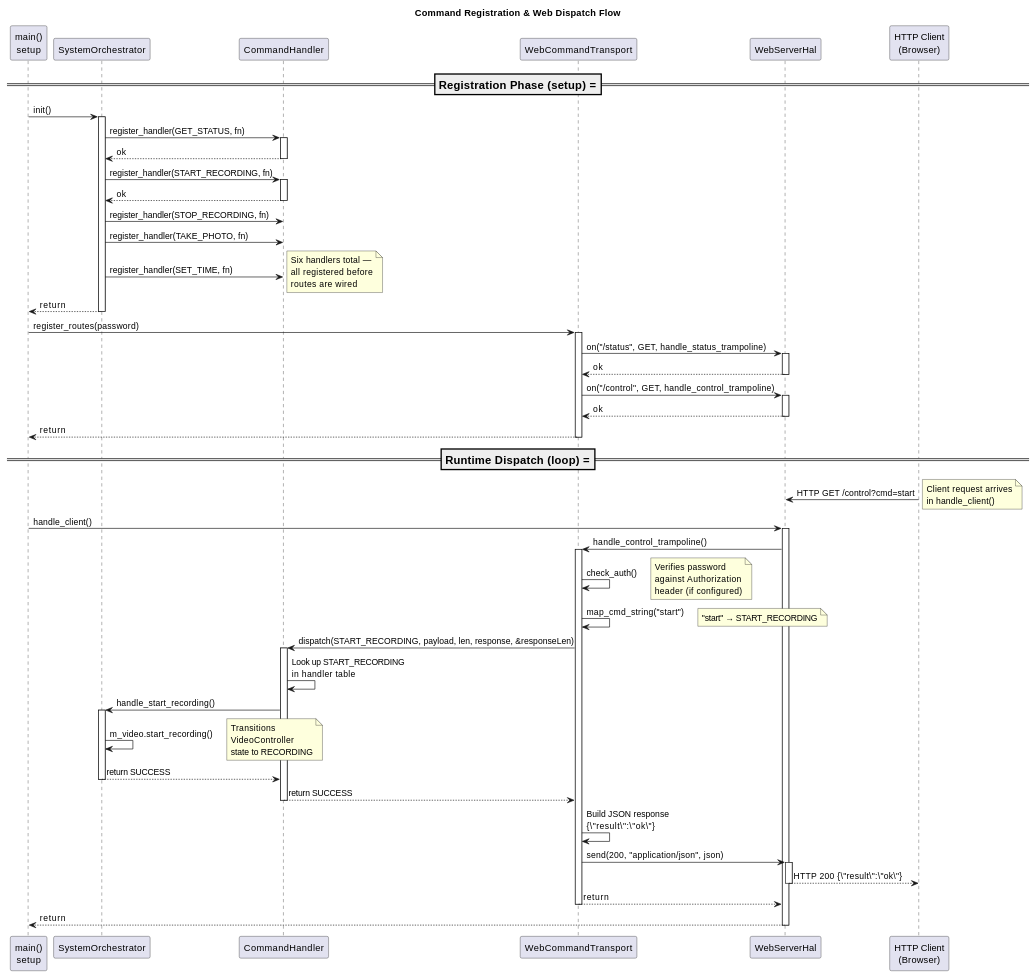
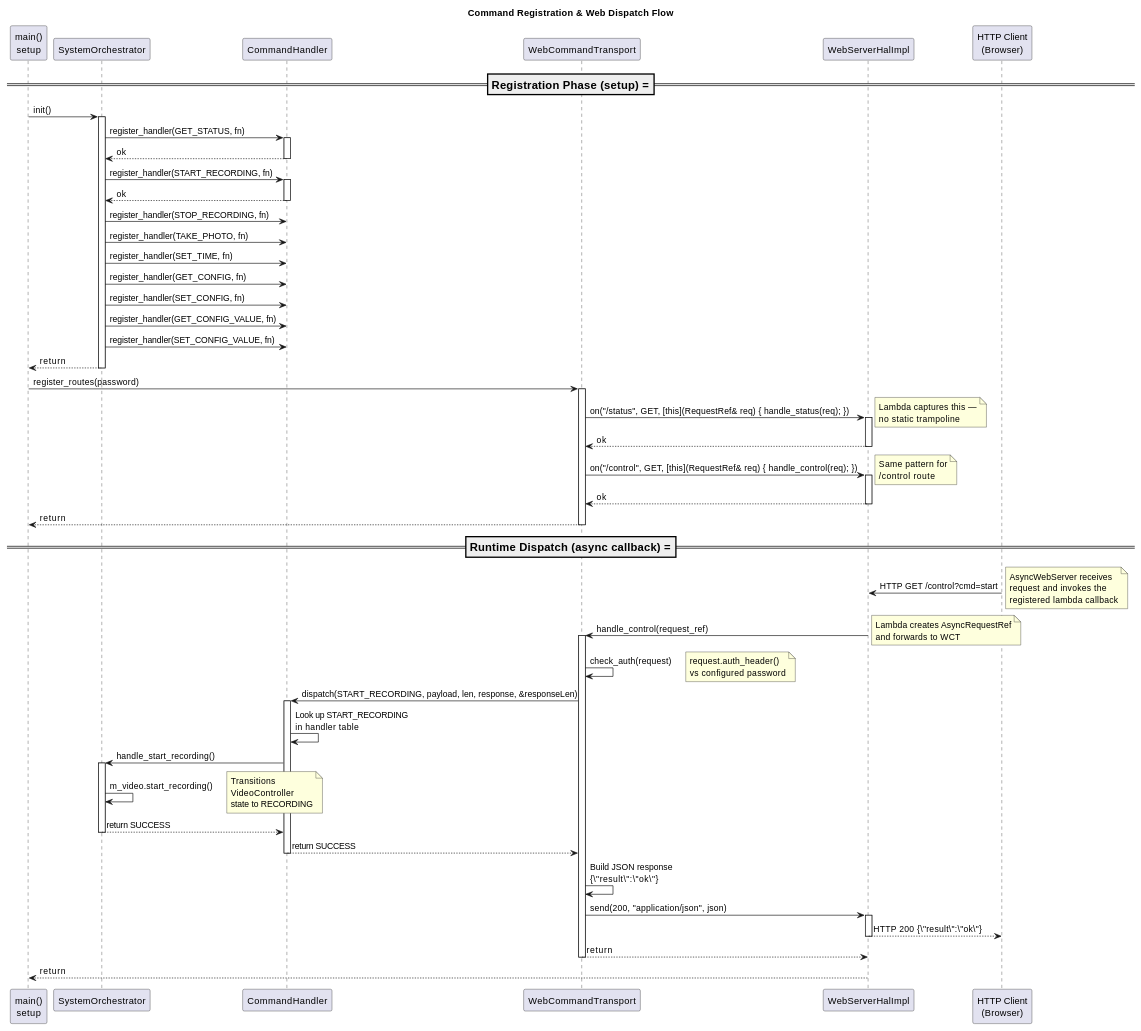
The second of 2 diagrams in docs/SYSTEM_DESIGN.md (timwalsh41/micro-security-cam), drawn with PlantUML before and after one commit. The commit also changed other lines of this file and 14 other files, not shown here.

Commit message:
Implemented slice 3A - asynchronous web server

```diff
--- a/docs/SYSTEM_DESIGN.md
+++ b/docs/SYSTEM_DESIGN.md
@@ -1105,7 +1109,7 @@
 participant "SystemOrchestrator" as ORCH
 participant "CommandHandler" as CMDH
 participant "WebCommandTransport" as WCT
-participant "WebServerHal" as WSH
+participant "WebServerHalImpl" as WSH
 participant "HTTP Client\n(Browser)" as HTTP_CLIENT
 
 ' ==================================================================
@@ -1129,7 +1133,10 @@
 ORCH -> CMDH : register_handler(STOP_RECORDING, fn)
 ORCH -> CMDH : register_handler(TAKE_PHOTO, fn)
 ORCH -> CMDH : register_handler(SET_TIME, fn)
-note right: Six handlers total —\nall registered before\nroutes are wired
+ORCH -> CMDH : register_handler(GET_CONFIG, fn)
+ORCH -> CMDH : register_handler(SET_CONFIG, fn)
+ORCH -> CMDH : register_handler(GET_CONFIG_VALUE, fn)
+ORCH -> CMDH : register_handler(SET_CONFIG_VALUE, fn)
 
 ORCH --> MAIN : return
 deactivate ORCH
@@ -1137,13 +1144,15 @@
 MAIN -> WCT : register_routes(password)
 activate WCT
 
-WCT -> WSH : on("/status", GET, handle_status_trampoline)
+WCT -> WSH : on("/status", GET, [this](RequestRef& req) { handle_status(req); })
 activate WSH
+note right: Lambda captures this —\nno static trampoline
 WSH --> WCT : ok
 deactivate WSH
 
-WCT -> WSH : on("/control", GET, handle_control_trampoline)
+WCT -> WSH : on("/control", GET, [this](RequestRef& req) { handle_control(req); })
 activate WSH
+note right: Same pattern for\n/control route
 WSH --> WCT : ok
 deactivate WSH
 
@@ -1153,26 +1162,19 @@
 ' ==================================================================
 ' Runtime dispatch phase
 ' ==================================================================
-=== Runtime Dispatch (loop) ===
+=== Runtime Dispatch (async callback) ===
 
 HTTP_CLIENT -> WSH : HTTP GET /control?cmd=start
-note right: Client request arrives\nin handle_client()
+note right: AsyncWebServer receives\nrequest and invokes the\nregistered lambda callback
 
-' Main loop calls handle_client()
-MAIN -> WSH : handle_client()
-activate WSH
-
-' WebServerHal invokes the registered trampoline
-WSH -> WCT : handle_control_trampoline()
+' AsyncWebServer calls the lambda directly — no handle_client() polling
+WSH -> WCT : handle_control(request_ref)
 activate WCT
+note right: Lambda creates AsyncRequestRef\nand forwards to WCT
 
 ' Auth check
-WCT -> WCT : check_auth()
-note right: Verifies password\nagainst Authorization\nheader (if configured)
-
-' Map query string → command code
-WCT -> WCT : map_cmd_string("start")
-note right: "start" → START_RECORDING
+WCT -> WCT : check_auth(request)
+note right: request.auth_header()\nvs configured password
 
 ' Dispatch command
 WCT -> CMDH : dispatch(START_RECORDING, payload, len, response, &responseLen)
```
